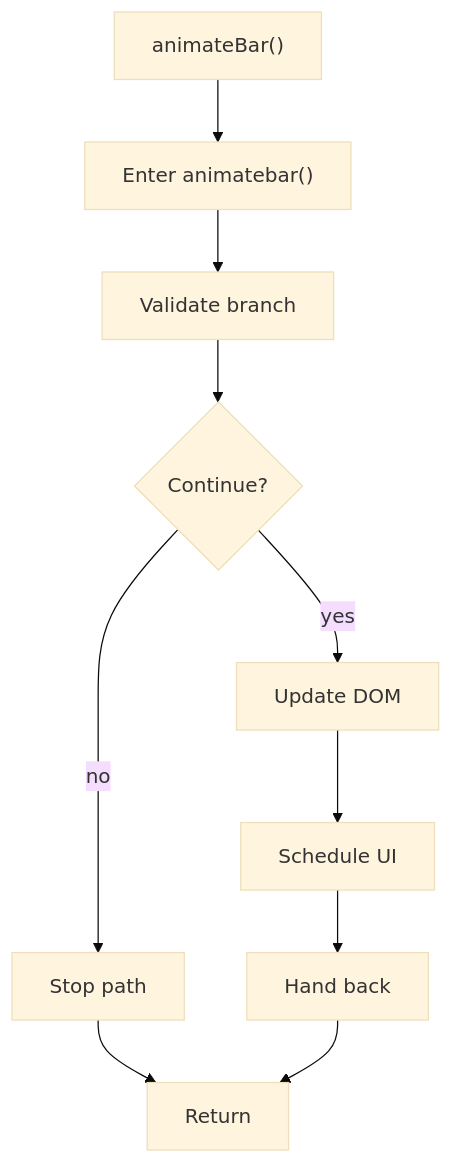
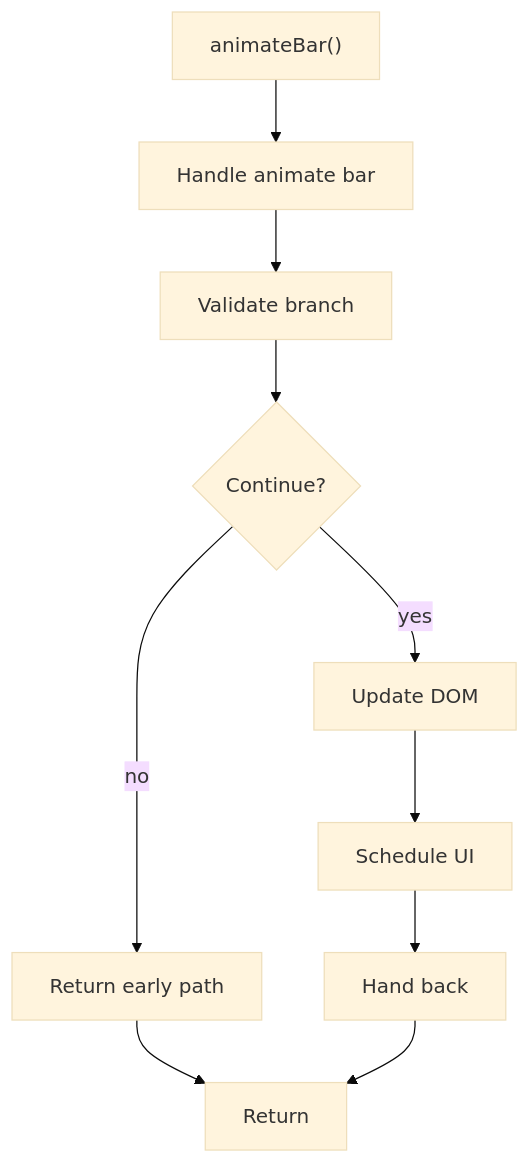
The second of 2 diagrams in docs/Codebase/Frontend/scripts/analysis.js.md (JohnAndrewBalbarosa/NeoTerritory), drawn with Mermaid (base theme) before and after one commit. The commit also changed other lines of this file and 925 other files, not shown here.

````diff
--- a/docs/Codebase/Frontend/scripts/analysis.js.md
+++ b/docs/Codebase/Frontend/scripts/analysis.js.md
@@ -74,21 +73,21 @@
 ```mermaid
 flowchart TD
     Start["animateBar()"]
-    N0["Enter animatebar()"]
+    N0["Handle animate bar"]
     N1["Validate branch"]
     D1{"Continue?"}
-    R1["Stop path"]
+    R1["Return early path"]
     N2["Update DOM"]
     N3["Schedule UI"]
     N4["Hand back"]
     End["Return"]
     Start --> N0
     N0 --> N1
     N1 --> D1
     D1 -->|yes| N2
     D1 -->|no| R1
     R1 --> End
     N2 --> N3
     N3 --> N4
     N4 --> End
 ```
````
